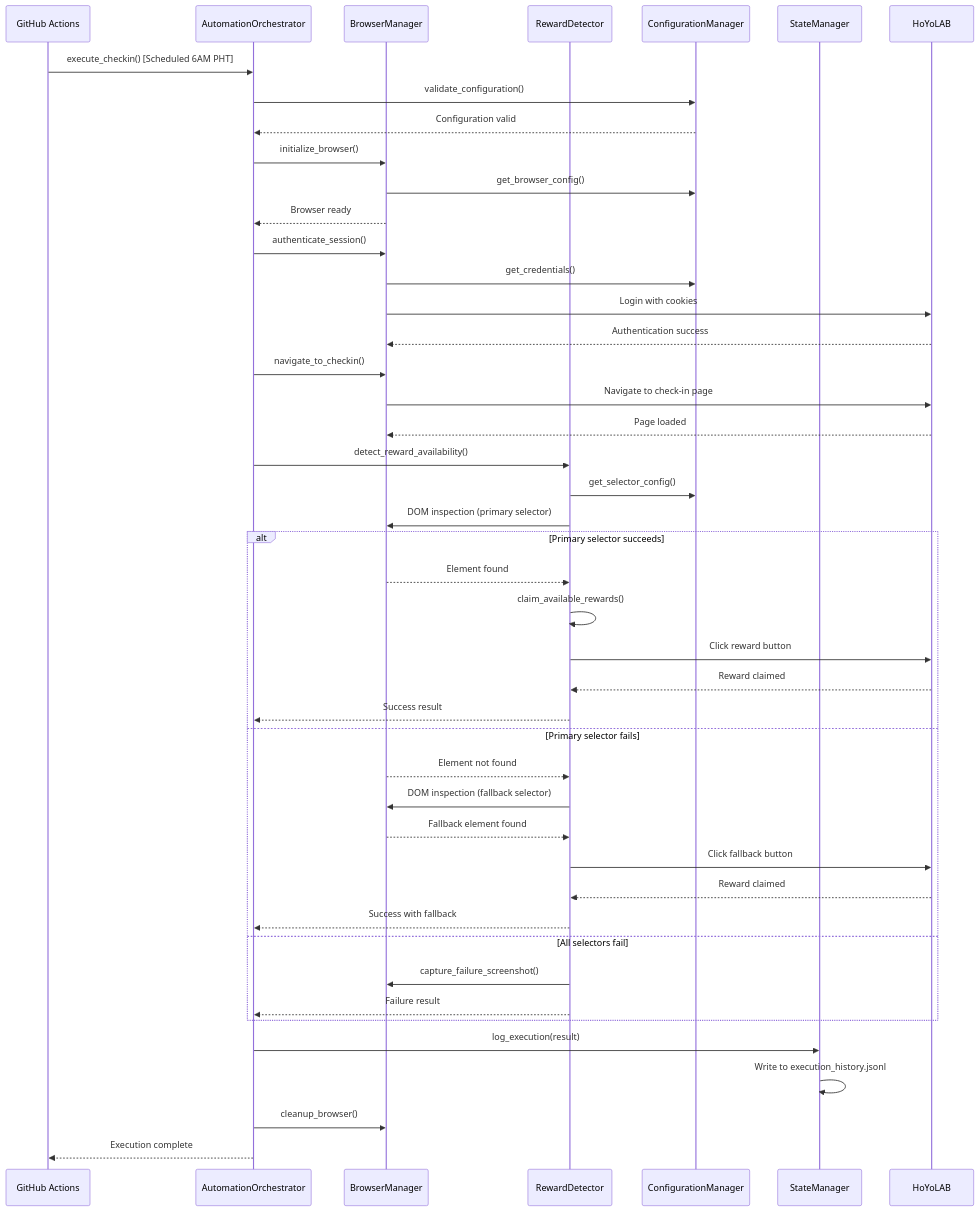
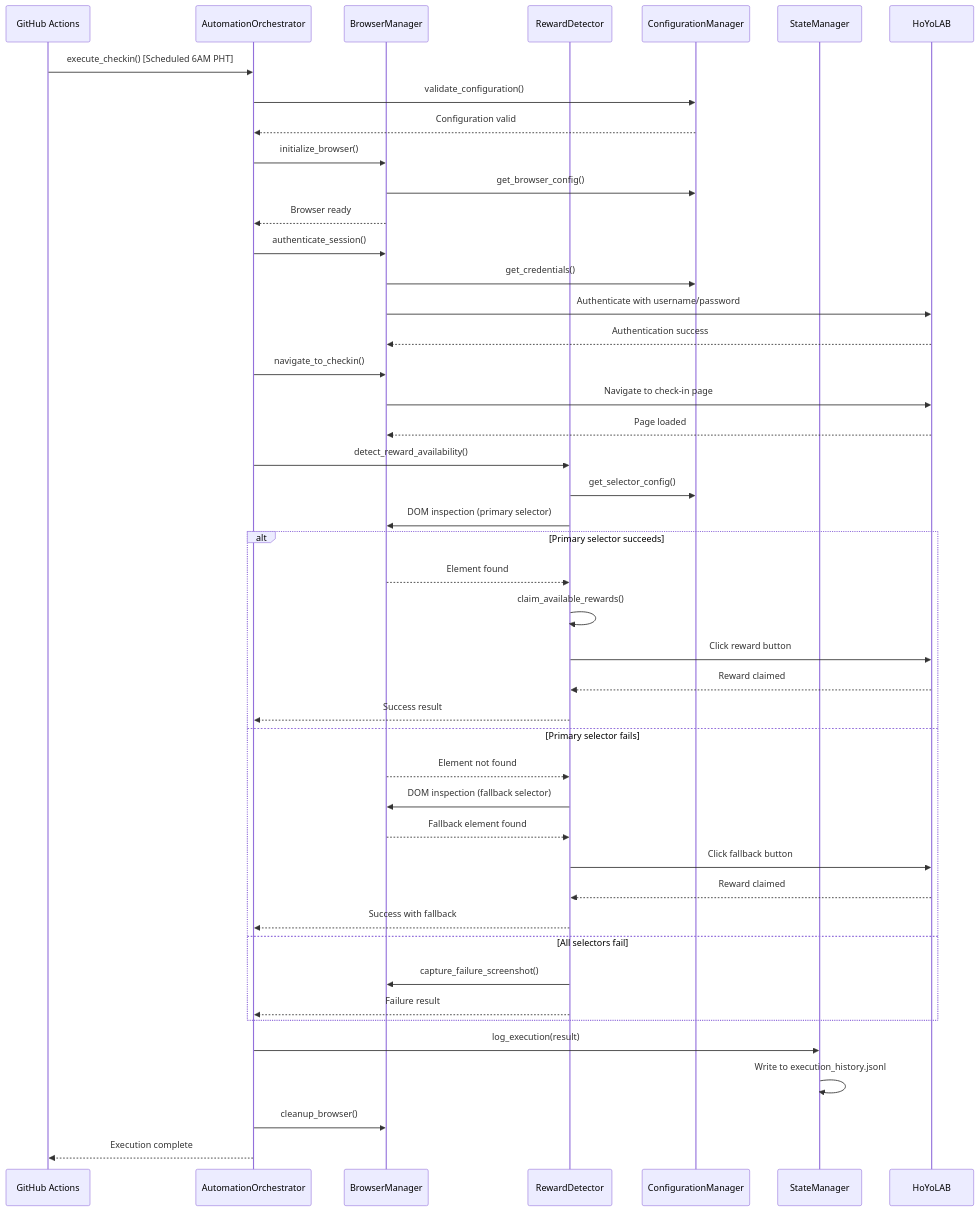
One commit to SiegfredLorelle/genshin-checkin-bot changed the first of 2 diagrams in docs/architecture/core-workflows.md. Above: the diagram before and after it, drawn with Mermaid. The commit also changed 9 other files, not shown here.

````diff
--- a/docs/architecture/core-workflows.md
+++ b/docs/architecture/core-workflows.md
@@ -7,55 +7,55 @@
 ```mermaid
 sequenceDiagram
     participant GHA as GitHub Actions
     participant AO as AutomationOrchestrator
     participant BM as BrowserManager
     participant RD as RewardDetector
     participant CM as ConfigurationManager
     participant SM as StateManager
     participant HL as HoYoLAB
 
     GHA->>AO: execute_checkin() [Scheduled 6AM PHT]
     AO->>CM: validate_configuration()
     CM-->>AO: Configuration valid
 
     AO->>BM: initialize_browser()
     BM->>CM: get_browser_config()
     BM-->>AO: Browser ready
 
     AO->>BM: authenticate_session()
     BM->>CM: get_credentials()
-    BM->>HL: Login with cookies
+    BM->>HL: Authenticate with username/password
     HL-->>BM: Authentication success
 
     AO->>BM: navigate_to_checkin()
     BM->>HL: Navigate to check-in page
     HL-->>BM: Page loaded
 
     AO->>RD: detect_reward_availability()
     RD->>CM: get_selector_config()
     RD->>BM: DOM inspection (primary selector)
 
     alt Primary selector succeeds
         BM-->>RD: Element found
         RD->>RD: claim_available_rewards()
         RD->>HL: Click reward button
         HL-->>RD: Reward claimed
         RD-->>AO: Success result
     else Primary selector fails
         BM-->>RD: Element not found
         RD->>BM: DOM inspection (fallback selector)
         BM-->>RD: Fallback element found
         RD->>HL: Click fallback button
         HL-->>RD: Reward claimed
         RD-->>AO: Success with fallback
     else All selectors fail
         RD->>BM: capture_failure_screenshot()
         RD-->>AO: Failure result
     end
 
     AO->>SM: log_execution(result)
     SM->>SM: Write to execution_history.jsonl
 
     AO->>BM: cleanup_browser()
     AO-->>GHA: Execution complete
 ```
````
